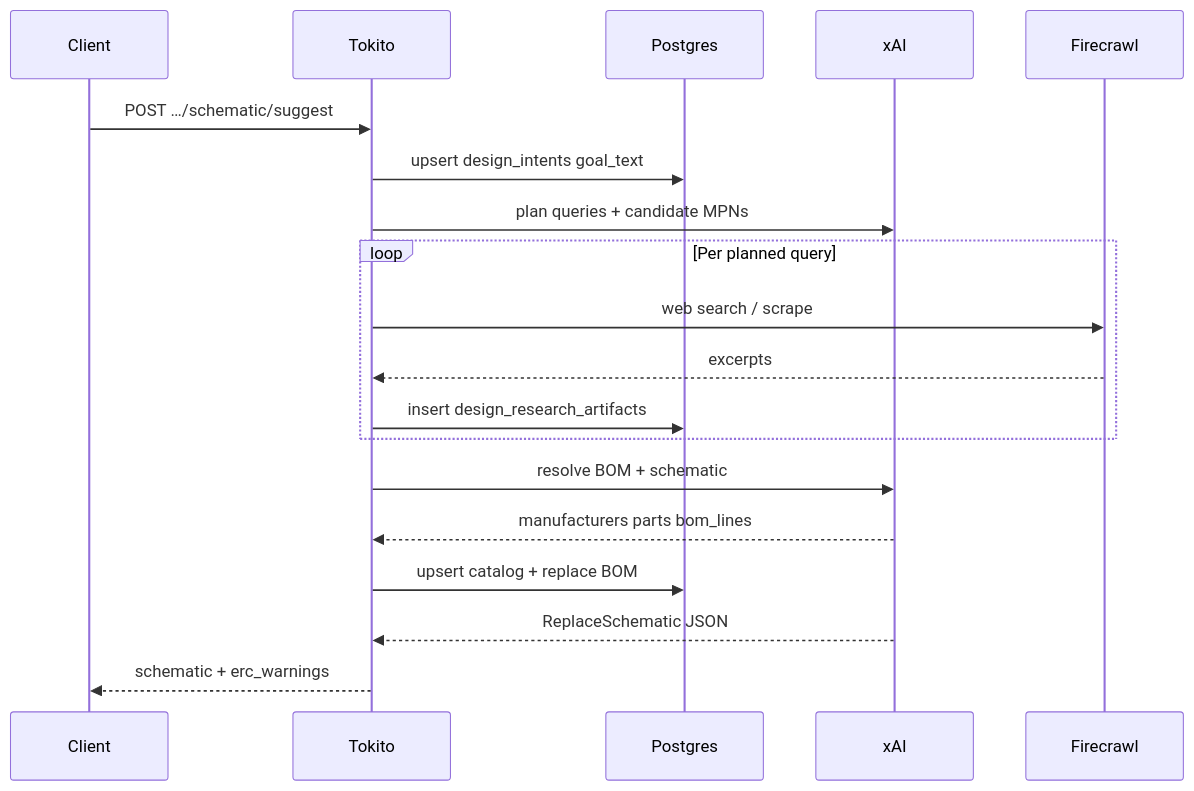
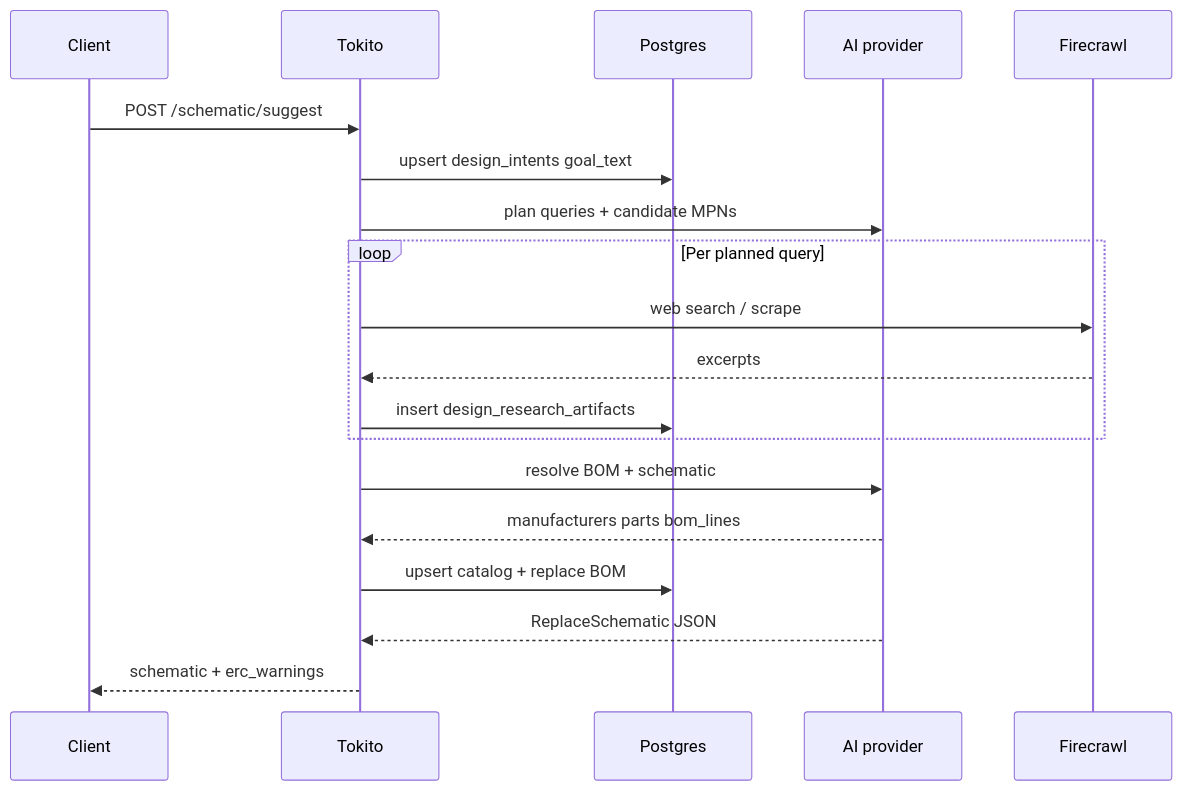
One commit to Afnanksalal/tokito changed the third of 4 diagrams in docs/API.md. Above: the diagram before and after it, drawn with Mermaid. The commit also changed other lines of this file and 92 other files, not shown here.

First line of the commit message:
Replace xAI with generic AI provider, bump deps

````diff
--- a/docs/API.md
+++ b/docs/API.md
@@ -266,21 +266,21 @@
 ```mermaid
 sequenceDiagram
   participant C as Client
   participant T as Tokito
   participant D as Postgres
-  participant X as xAI
+  participant A as AI provider
   participant F as Firecrawl
-  C->>T: POST …/schematic/suggest
+  C->>T: POST /schematic/suggest
   T->>D: upsert design_intents goal_text
-  T->>X: plan queries + candidate MPNs
+  T->>A: plan queries + candidate MPNs
   loop Per planned query
     T->>F: web search / scrape
     F-->>T: excerpts
     T->>D: insert design_research_artifacts
   end
-  T->>X: resolve BOM + schematic
-  X-->>T: manufacturers parts bom_lines
+  T->>A: resolve BOM + schematic
+  A-->>T: manufacturers parts bom_lines
   T->>D: upsert catalog + replace BOM
-  X-->>T: ReplaceSchematic JSON
+  A-->>T: ReplaceSchematic JSON
   T-->>C: schematic + erc_warnings
 ```
````
